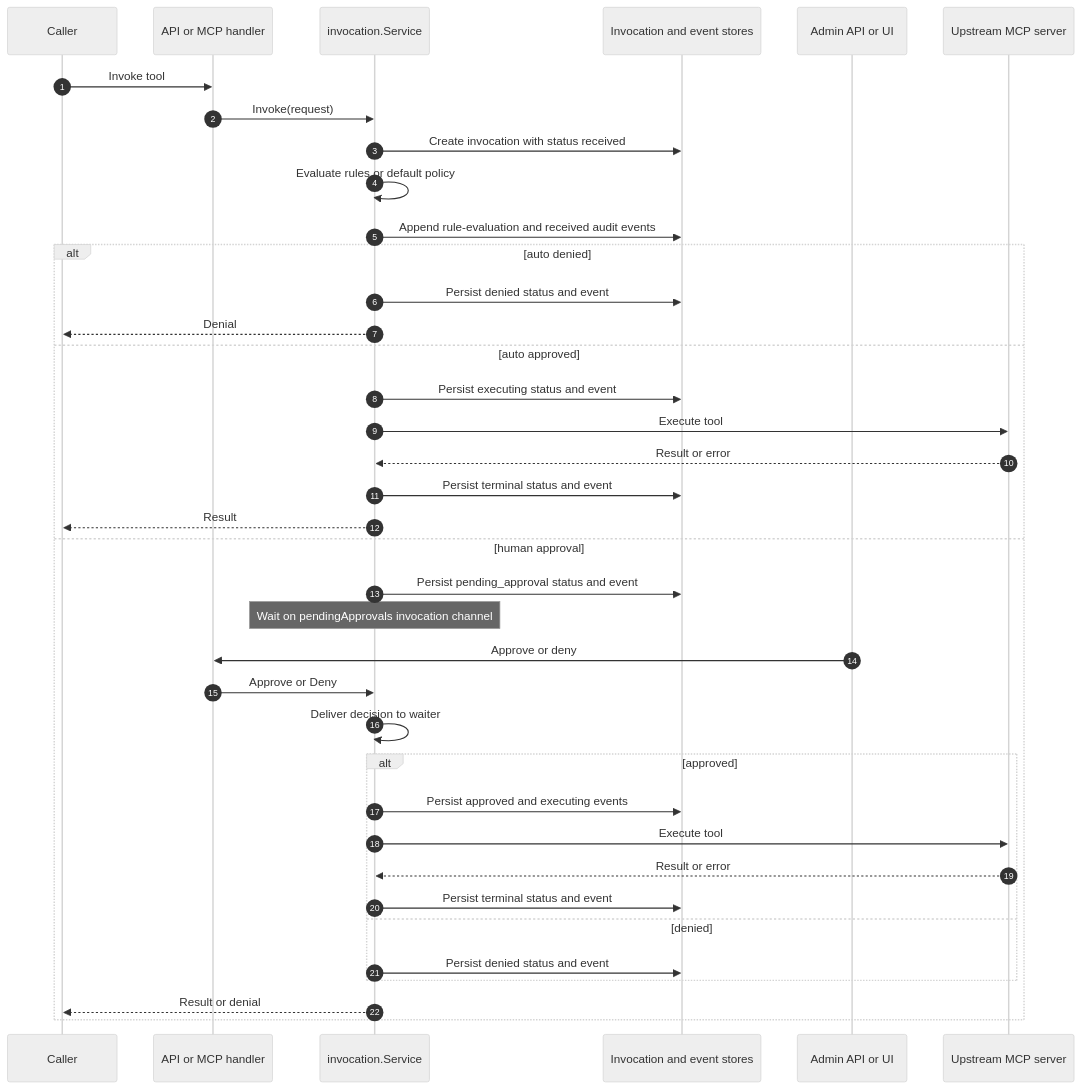
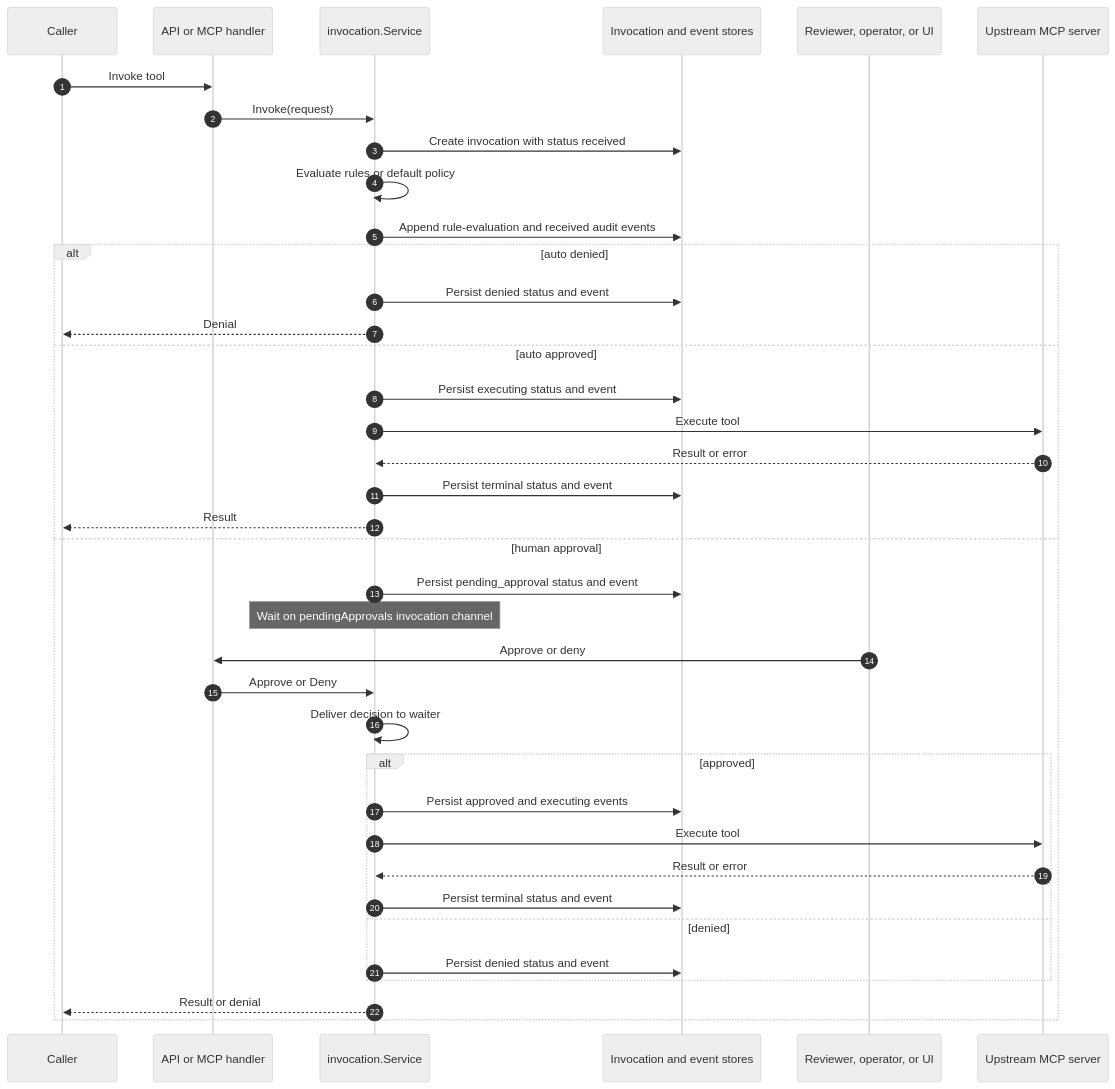
Before and after one commit to validmind/atryum: the third of 5 diagrams in docs/architecture.md, drawn with Mermaid (neutral theme). The commit also changed other lines of this file and 14 other files, not shown here.

````diff
--- a/docs/architecture.md
+++ b/docs/architecture.md
@@ -143,41 +144,41 @@
 ```mermaid
 sequenceDiagram
     autonumber
     participant Caller
     participant API as API or MCP handler
     participant Service as invocation.Service
     participant Store as Invocation and event stores
-    participant Admin as Admin API or UI
+    participant Operator as Reviewer, operator, or UI
     participant MCP as Upstream MCP server
 
     Caller->>API: Invoke tool
     API->>Service: Invoke(request)
     Service->>Store: Create invocation with status received
     Service->>Service: Evaluate rules or default policy
     Service->>Store: Append rule-evaluation and received audit events
     alt auto denied
         Service->>Store: Persist denied status and event
         Service-->>Caller: Denial
     else auto approved
         Service->>Store: Persist executing status and event
         Service->>MCP: Execute tool
         MCP-->>Service: Result or error
         Service->>Store: Persist terminal status and event
         Service-->>Caller: Result
     else human approval
         Service->>Store: Persist pending_approval status and event
         Note over Service: Wait on pendingApprovals invocation channel
-        Admin->>API: Approve or deny
+        Operator->>API: Approve or deny
         API->>Service: Approve or Deny
         Service->>Service: Deliver decision to waiter
         alt approved
             Service->>Store: Persist approved and executing events
             Service->>MCP: Execute tool
             MCP-->>Service: Result or error
             Service->>Store: Persist terminal status and event
         else denied
             Service->>Store: Persist denied status and event
         end
         Service-->>Caller: Result or denial
     end
 ```
````
